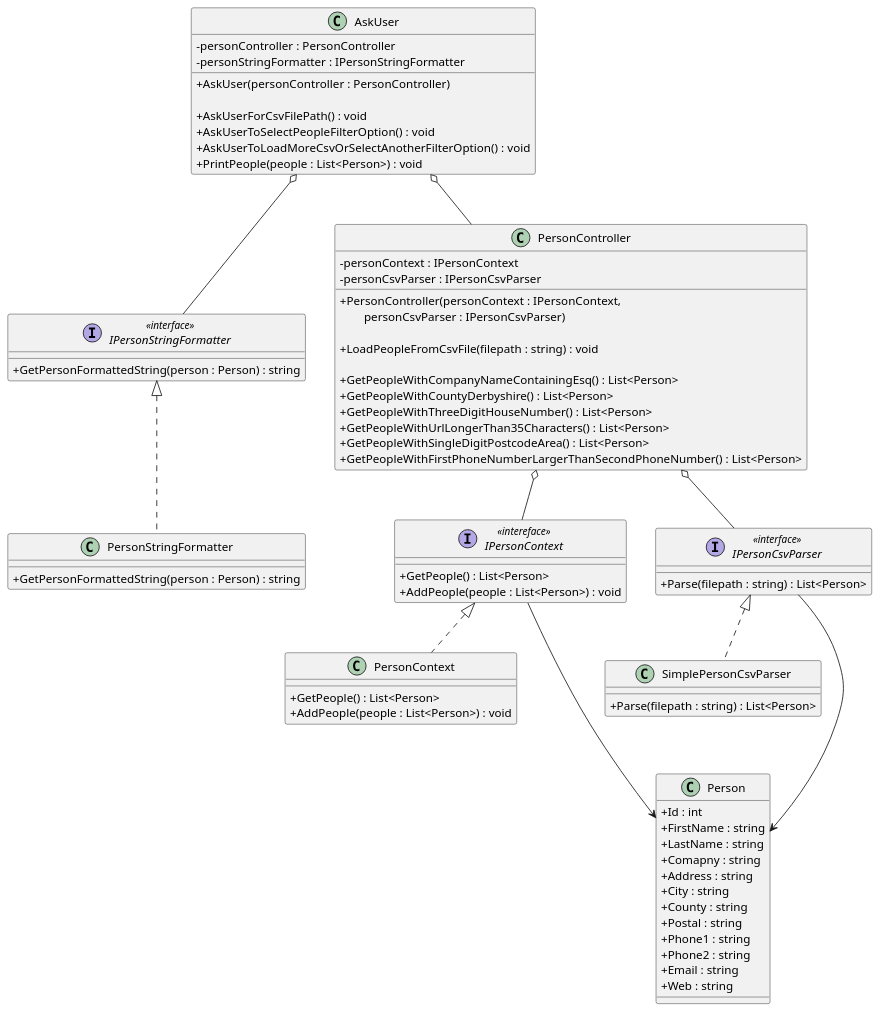
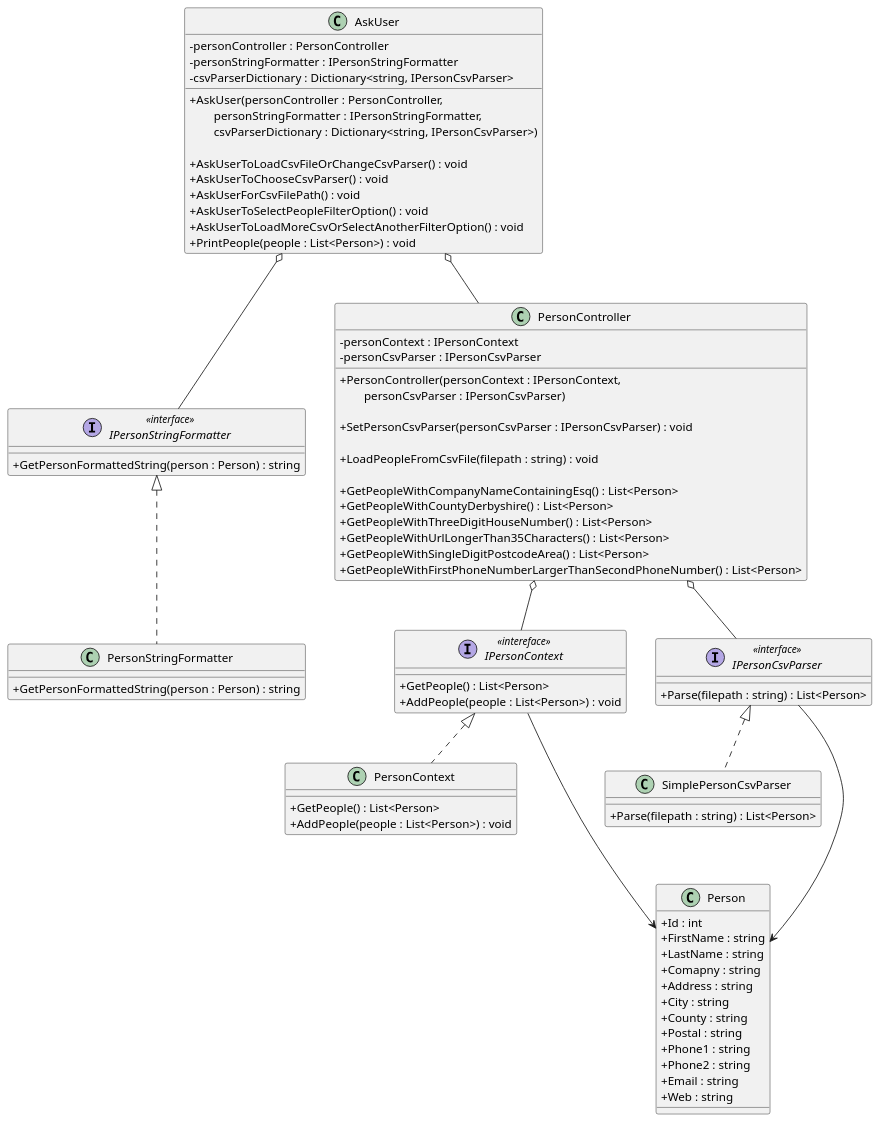
One commit to iamfranco/PersonConsoleApp changed the diagram in diagrams/UML/PersonApp.puml. Above: the diagram before and after it, drawn with PlantUML. The commit also changed 1 other file, not shown here.

Commit message:
UML diagram: add methods for PersonController and AskUser classes for updating IPersonCsvParser

```diff
--- a/diagrams/UML/PersonApp.puml
+++ b/diagrams/UML/PersonApp.puml
@@ -1,88 +1,95 @@
 @startuml "PersonApp"
 skinparam ClassAttributeIconSize 0
 
 class AskUser {
     - personController : PersonController
     - personStringFormatter : IPersonStringFormatter
+    - csvParserDictionary : Dictionary<string, IPersonCsvParser>
 
-    + AskUser(personController : PersonController)
+    + AskUser(personController : PersonController,\n\
+        personStringFormatter : IPersonStringFormatter,\n\
+        csvParserDictionary : Dictionary<string, IPersonCsvParser>)
 
+    + AskUserToLoadCsvFileOrChangeCsvParser() : void
+    + AskUserToChooseCsvParser() : void
     + AskUserForCsvFilePath() : void
     + AskUserToSelectPeopleFilterOption() : void
     + AskUserToLoadMoreCsvOrSelectAnotherFilterOption() : void
     + PrintPeople(people : List<Person>) : void
 }
 
 interface IPersonStringFormatter <<interface>> {
     + GetPersonFormattedString(person : Person) : string
 }
 
 class PersonStringFormatter {
     + GetPersonFormattedString(person : Person) : string
 }
 
 class PersonController {
     - personContext : IPersonContext
     - personCsvParser : IPersonCsvParser
 
     + PersonController(personContext : IPersonContext, \n\
         personCsvParser : IPersonCsvParser)
+
+    + SetPersonCsvParser(personCsvParser : IPersonCsvParser) : void
 
     + LoadPeopleFromCsvFile(filepath : string) : void
 
     + GetPeopleWithCompanyNameContainingEsq() : List<Person>
     + GetPeopleWithCountyDerbyshire() : List<Person>
     + GetPeopleWithThreeDigitHouseNumber() : List<Person>
     + GetPeopleWithUrlLongerThan35Characters() : List<Person>
     + GetPeopleWithSingleDigitPostcodeArea() : List<Person>
     + GetPeopleWithFirstPhoneNumberLargerThanSecondPhoneNumber() : List<Person>
 }
 
 interface IPersonContext <<intereface>> {
     + GetPeople() : List<Person>
     + AddPeople(people : List<Person>) : void
 }
 
 class PersonContext {
     + GetPeople() : List<Person>
     + AddPeople(people : List<Person>) : void
 }
 
 interface IPersonCsvParser <<interface>> {
     + Parse(filepath : string) : List<Person>
 }
 
 class SimplePersonCsvParser {
     + Parse(filepath : string) : List<Person>
 }
 
 class Person {
     + Id : int
     + FirstName : string
     + LastName : string
     + Comapny : string
     + Address : string
     + City : string
     + County : string
     + Postal : string
     + Phone1 : string
     + Phone2 : string
     + Email : string
     + Web : string
 }
 
 AskUser o-- PersonController
 AskUser o-- IPersonStringFormatter
 
 IPersonStringFormatter <|.. PersonStringFormatter
 
 PersonController o-- IPersonContext
 PersonController o-- IPersonCsvParser
 
 IPersonContext <|.. PersonContext
 IPersonContext ---> Person
 
 IPersonCsvParser <|.. SimplePersonCsvParser
 IPersonCsvParser ---> Person
 
 @enduml
```
